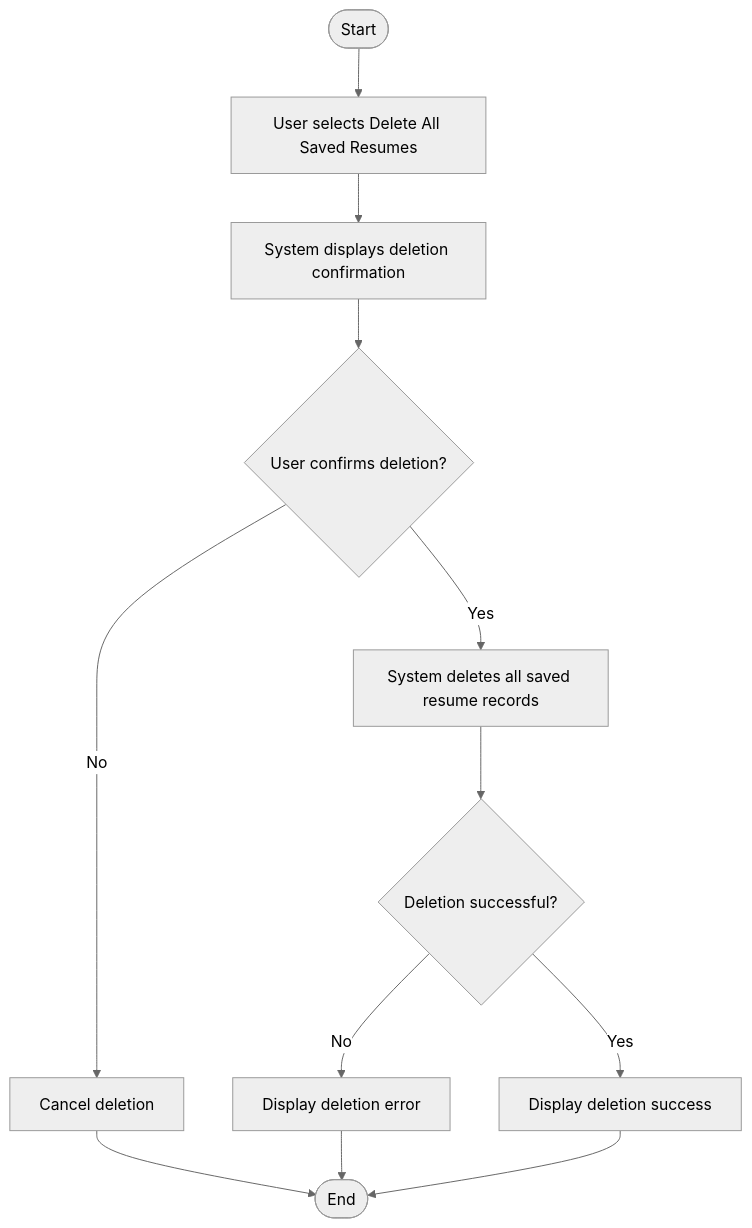
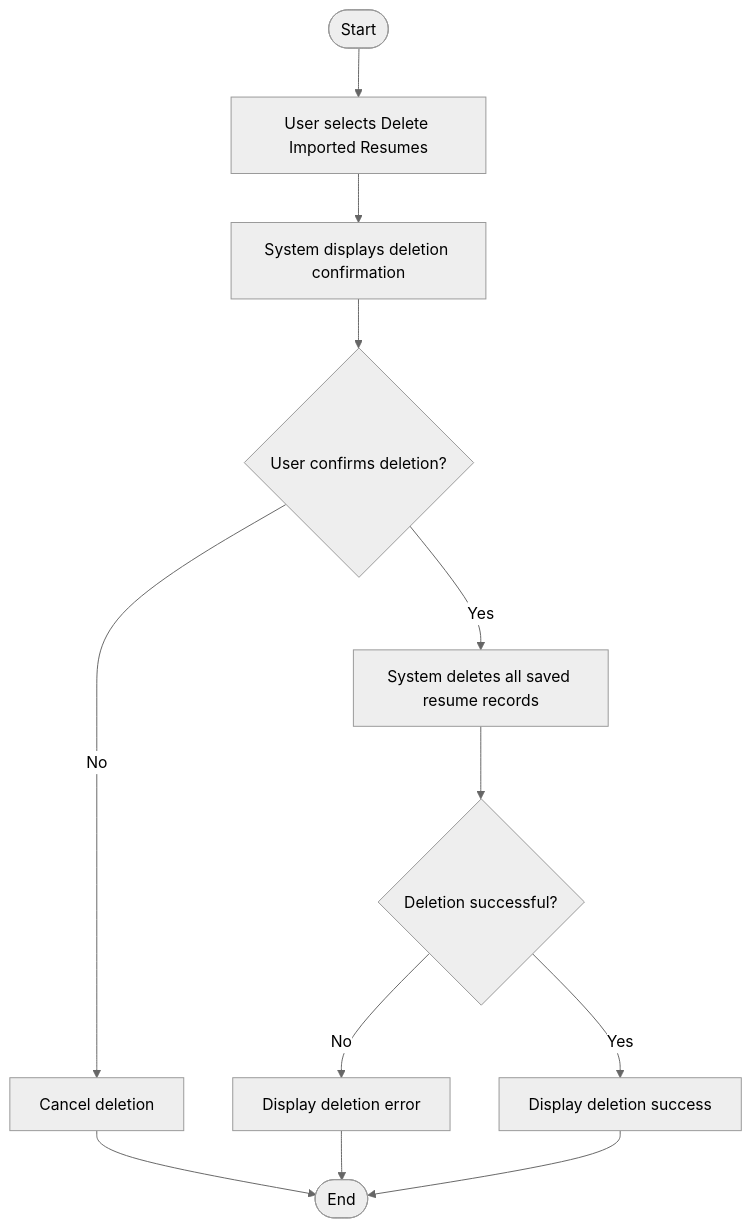
The diagram in docs/features/uploaded-resume-management.md (DelgadoArlee/cv-brewer), drawn with Mermaid (neutral theme) before and after one commit. The commit also changed other lines of this file and 29 other files, not shown here.

Commit message:
feat: add delete all saved resume feature

````diff
--- a/docs/features/uploaded-resume-management.md
+++ b/docs/features/uploaded-resume-management.md
@@ -18,18 +18,18 @@
 ```mermaid
 flowchart TD
-    A([Start]) --> B[User selects Delete All Saved Resumes]
+    A([Start]) --> B[User selects Delete Imported Resumes]
     B --> C[System displays deletion confirmation]
     C --> D{User confirms deletion?}
 
     D -- No --> E[Cancel deletion]
     E --> Z([End])
 
     D -- Yes --> F[System deletes all saved resume records]
     F --> G{Deletion successful?}
 
     G -- No --> H[Display deletion error]
     H --> Z
 
     G -- Yes --> I[Display deletion success]
     I --> Z([End])
 ```
````
